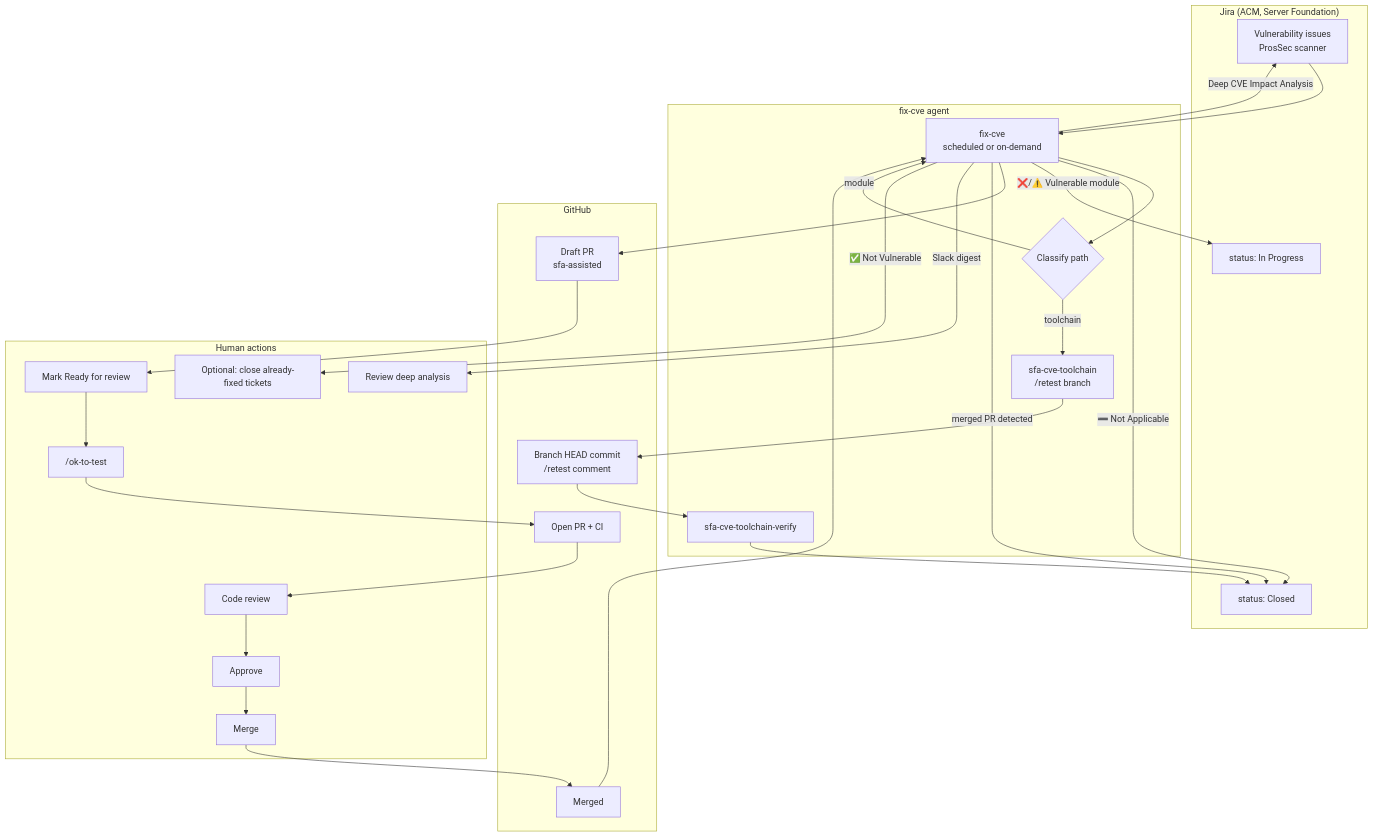
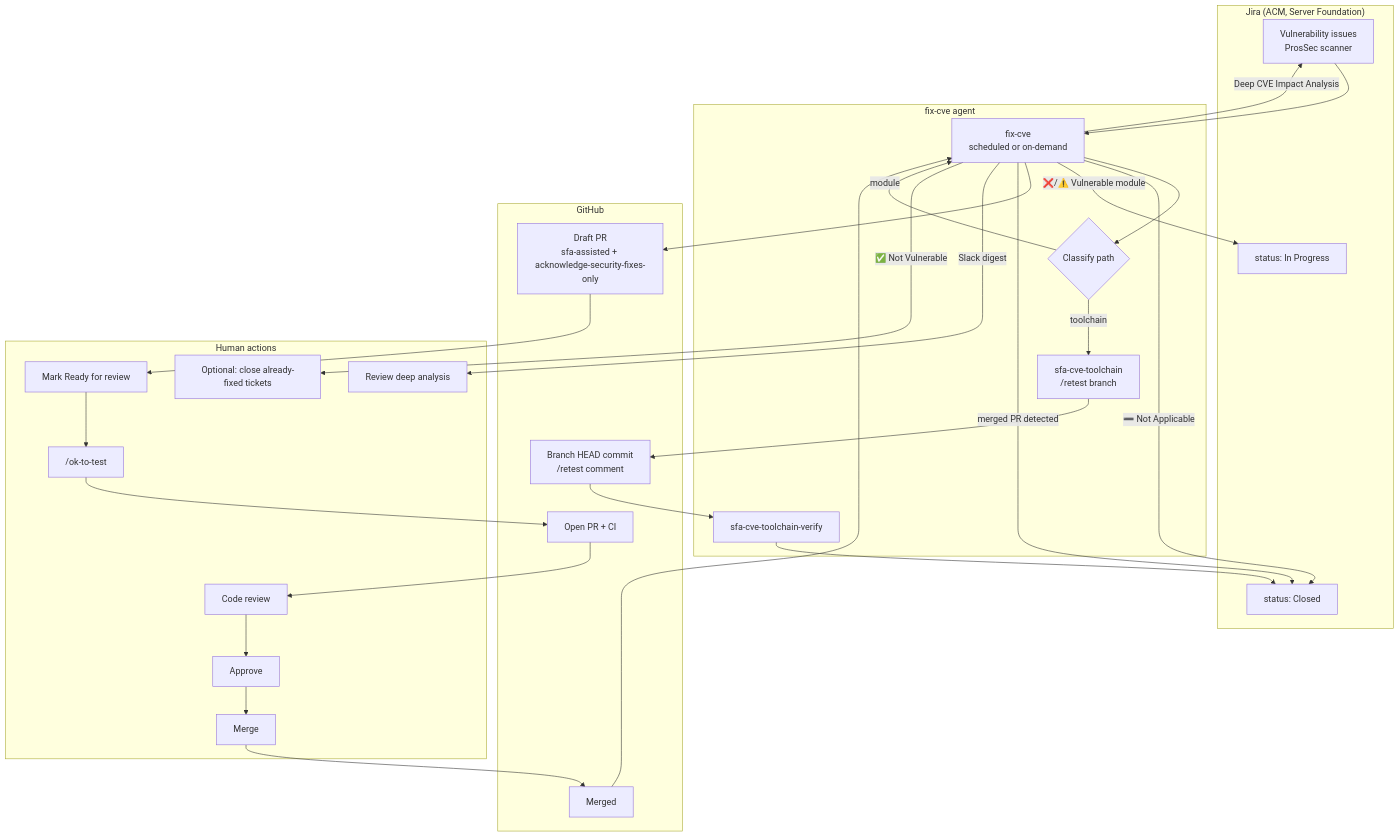
Before and after one commit to rokej/server-foundation-agent: the first of 2 diagrams in docs/automated-cve-fix-developer-guide.md, drawn with Mermaid. The commit also changed other lines of this file and 1 other file, not shown here.

First line of the commit message:
fix(cve): add acknowledge-security-fixes-only label on fix-cve PRs (#43)

````diff
--- a/docs/automated-cve-fix-developer-guide.md
+++ b/docs/automated-cve-fix-developer-guide.md
@@ -69,47 +69,47 @@
 ```mermaid
 flowchart TB
   subgraph jira["Jira (ACM, Server Foundation)"]
     VULN[Vulnerability issues<br/>ProsSec scanner]
     INPROG[status: In Progress]
     CLOSED[status: Closed]
   end
 
   subgraph agents["fix-cve agent"]
     F[fix-cve<br/>scheduled or on-demand]
     CLS{Classify path}
     TC[sfa-cve-toolchain<br/>/retest branch]
     TV[sfa-cve-toolchain-verify]
   end
 
   subgraph github["GitHub"]
-    DRAFT[Draft PR<br/>sfa-assisted]
+    DRAFT[Draft PR<br/>sfa-assisted + acknowledge-security-fixes-only]
     OPEN[Open PR + CI]
     MERGED[Merged]
     REBUILD[Branch HEAD commit<br/>/retest comment]
   end
 
   subgraph human["Human actions"]
     H1[Review deep analysis]
     H2[Mark Ready for review]
     H3["/ok-to-test"]
     H4[Code review]
     H5[Approve]
     H6[Merge]
     H7[Optional: close already-fixed tickets]
   end
 
   VULN --> F
   F --> CLS
   CLS -->|toolchain| TC --> REBUILD --> TV --> CLOSED
   CLS -->|module| F
   F -->|Deep CVE Impact Analysis| VULN
   F -->|➖ Not Applicable| CLOSED
   F -->|❌/⚠️ Vulnerable module| INPROG
   F --> DRAFT
   DRAFT --> H2 --> H3 --> OPEN
   OPEN --> H4 --> H5 --> H6 --> MERGED
   MERGED --> F
   F -->|merged PR detected| CLOSED
   F -->|Slack digest| H1
   F -->|✅ Not Vulnerable| H7
 ```
````
